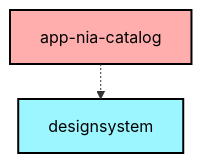
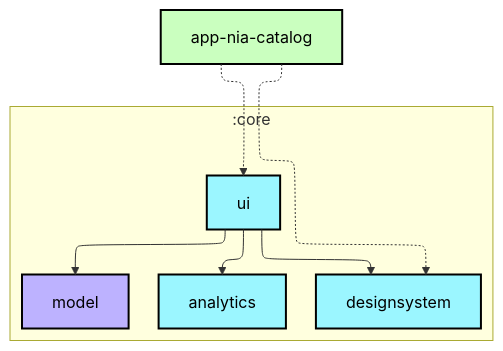
The first of 2 diagrams in app-nia-catalog/README.md (lihenggui/nowinkmp), drawn with Mermaid before and after one commit. The commit also changed other lines of this file and 26 other files, not shown here.

First line of the commit message:
Revert "Updates module graphs"

````diff
--- a/app-nia-catalog/README.md
+++ b/app-nia-catalog/README.md
@@ -6,20 +6,30 @@
 ```mermaid
 ---
 config:
   layout: elk
   elk:
     nodePlacementStrategy: SIMPLE
 ---
 graph TB
-  :core:designsystem[designsystem]:::kmp-library
-  :app-nia-catalog[app-nia-catalog]:::unknown
+  subgraph :core
+    direction TB
+    :core:analytics[analytics]:::android-library
+    :core:designsystem[designsystem]:::android-library
+    :core:model[model]:::jvm-library
+    :core:ui[ui]:::android-library
+  end
+  :app-nia-catalog[app-nia-catalog]:::android-application
 
   :app-nia-catalog -.-> :core:designsystem
+  :app-nia-catalog -.-> :core:ui
+  :core:ui --> :core:analytics
+  :core:ui --> :core:designsystem
+  :core:ui --> :core:model
 
-classDef cmp-application fill:#CAFFBF,stroke:#000,stroke-width:2px,color:#000;
-classDef cmp-feature fill:#FFD6A5,stroke:#000,stroke-width:2px,color:#000;
-classDef kmp-library fill:#9BF6FF,stroke:#000,stroke-width:2px,color:#000;
+classDef android-application fill:#CAFFBF,stroke:#000,stroke-width:2px,color:#000;
+classDef android-feature fill:#FFD6A5,stroke:#000,stroke-width:2px,color:#000;
+classDef android-library fill:#9BF6FF,stroke:#000,stroke-width:2px,color:#000;
+classDef android-test fill:#A0C4FF,stroke:#000,stroke-width:2px,color:#000;
 classDef jvm-library fill:#BDB2FF,stroke:#000,stroke-width:2px,color:#000;
-classDef android-test fill:#A0C4FF,stroke:#000,stroke-width:2px,color:#000;
 classDef unknown fill:#FFADAD,stroke:#000,stroke-width:2px,color:#000;
 ```
````
